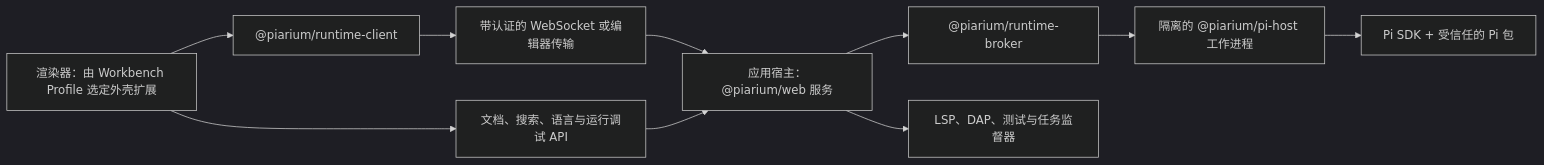
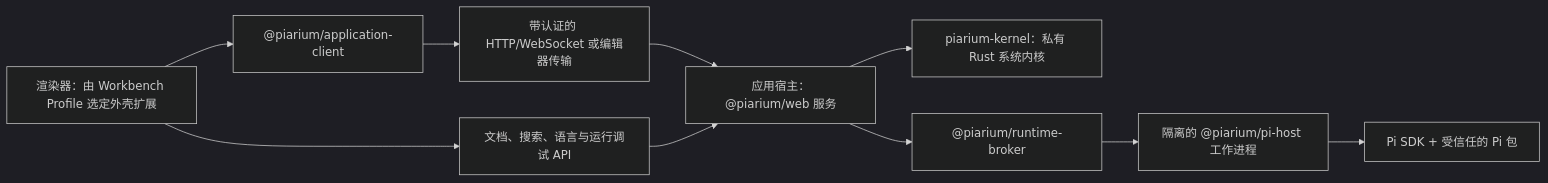
Before and after one commit to Youzini-afk/Piarium: the diagram in .github/readme/README.zh-CN.md, drawn with Mermaid (dark theme). The commit also changed other lines of this file and 4 other files, not shown here.

Commit message:
docs(readme): describe the agent harness and Rust kernel

````diff
--- a/.github/readme/README.zh-CN.md
+++ b/.github/readme/README.zh-CN.md
@@ -214,12 +231,12 @@
 ```mermaid
 flowchart LR
-    S["渲染器：由 Workbench Profile 选定外壳扩展"] --> C["@piarium/runtime-client"]
+    S["渲染器：由 Workbench Profile 选定外壳扩展"] --> C["@piarium/application-client"]
     S --> D["文档、搜索、语言与运行调试 API"]
-    C --> T["带认证的 WebSocket 或编辑器传输"]
+    C --> T["带认证的 HTTP/WebSocket 或编辑器传输"]
     T --> A["应用宿主：@piarium/web 服务"]
     D --> A
+    A --> K["piarium-kernel：私有 Rust 系统内核"]
     A --> B["@piarium/runtime-broker"]
-    A --> L["LSP、DAP、测试与任务监督器"]
     B --> H["隔离的 @piarium/pi-host 工作进程"]
     H --> P["Pi SDK + 受信任的 Pi 包"]
 ```
````
